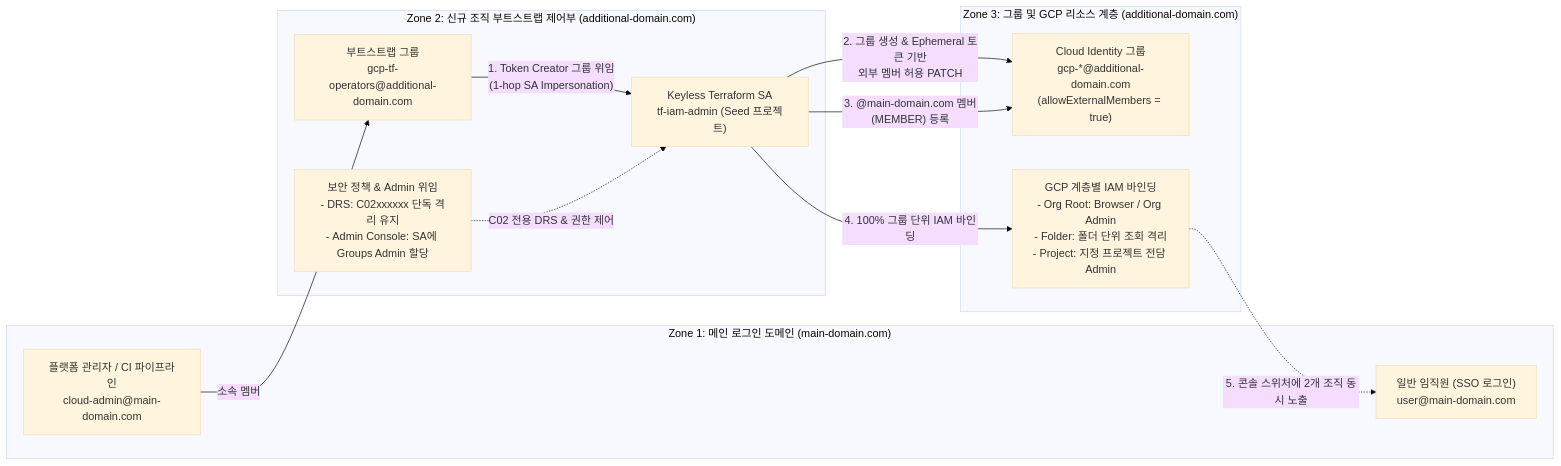
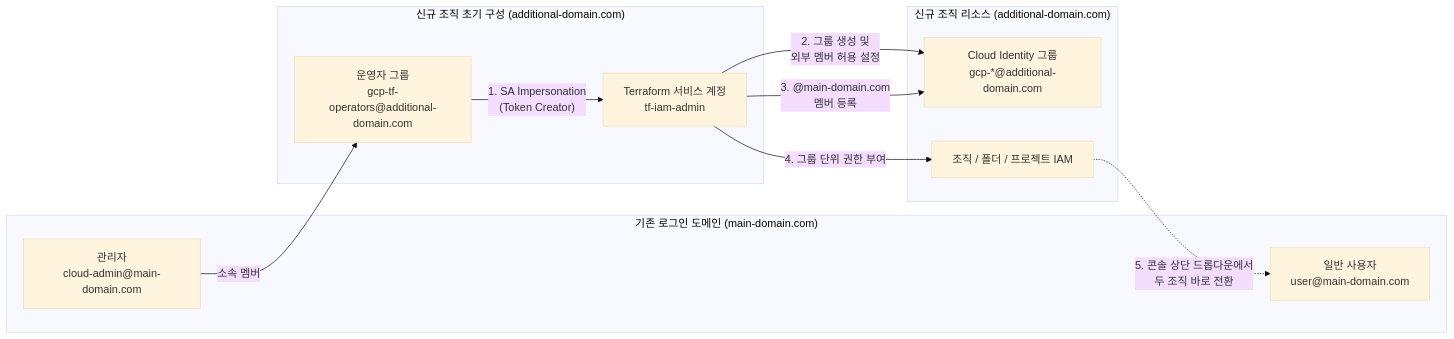
One commit to rom2019/gcp-sandbox changed the diagram in iam/multi-org-group-iam/README.md. Above: the diagram before and after it, drawn with Mermaid (base theme). The commit also changed other lines of this file, not shown here.

Commit message:
docs(iam/multi-org-group-iam): add concise production review callout to README

````diff
--- a/iam/multi-org-group-iam/README.md
+++ b/iam/multi-org-group-iam/README.md
@@ -24,26 +23,24 @@
 ```mermaid
 flowchart LR
-    subgraph Zone1["Zone 1: 메인 로그인 도메인 (main-domain.com)"]
-        User["일반 임직원 (SSO 로그인)\nuser@main-domain.com"]
-        Admin["플랫폼 관리자 / CI 파이프라인\ncloud-admin@main-domain.com"]
+    subgraph Main["기존 로그인 도메인 (main-domain.com)"]
+        User["일반 사용자\nuser@main-domain.com"]
+        Admin["관리자\ncloud-admin@main-domain.com"]
     end
 
-    subgraph Zone2["Zone 2: 신규 조직 부트스트랩 제어부 (additional-domain.com)"]
-        OpGroup["부트스트랩 그룹\ngcp-tf-operators@additional-domain.com"]
-        SA["Keyless Terraform SA\ntf-iam-admin (Seed 프로젝트)"]
-        Policy["보안 정책 & Admin 위임\n- DRS: C02xxxxxx 단독 격리 유지\n- Admin Console: SA에 Groups Admin 할당"]
+    subgraph Bootstrap["신규 조직 초기 구성 (additional-domain.com)"]
+        OpGroup["운영자 그룹\ngcp-tf-operators@additional-domain.com"]
+        SA["Terraform 서비스 계정\ntf-iam-admin"]
     end
 
-    subgraph Zone3["Zone 3: 그룹 및 GCP 리소스 계층 (additional-domain.com)"]
-        CIG["Cloud Identity 그룹\ngcp-*@additional-domain.com\n(allowExternalMembers = true)"]
-        OrgIAM["GCP 계층별 IAM 바인딩\n- Org Root: Browser / Org Admin\n- Folder: 폴더 단위 조회 격리\n- Project: 지정 프로젝트 전담 Admin"]
+    subgraph Target["신규 조직 리소스 (additional-domain.com)"]
+        CIG["Cloud Identity 그룹\ngcp-*@additional-domain.com"]
+        IAM["조직 / 폴더 / 프로젝트 IAM"]
     end
 
     Admin -->|"소속 멤버"| OpGroup
-    OpGroup -->|"1. Token Creator 그룹 위임\n(1-hop SA Impersonation)"| SA
-    Policy -.->|"C02 전용 DRS & 권한 제어"| SA
-    SA -->|"2. 그룹 생성 & Ephemeral 토큰 기반\n외부 멤버 허용 PATCH"| CIG
-    SA -->|"3. @main-domain.com 멤버(MEMBER) 등록"| CIG
-    SA -->|"4. 100% 그룹 단위 IAM 바인딩"| OrgIAM
-    OrgIAM -.->|"5. 콘솔 스위처에 2개 조직 동시 노출"| User
+    OpGroup -->|"1. SA Impersonation\n(Token Creator)"| SA
+    SA -->|"2. 그룹 생성 및\n외부 멤버 허용 설정"| CIG
+    SA -->|"3. @main-domain.com\n멤버 등록"| CIG
+    SA -->|"4. 그룹 단위 권한 부여"| IAM
+    IAM -.->|"5. 콘솔 상단 드롭다운에서\n두 조직 바로 전환"| User
 ```
````
